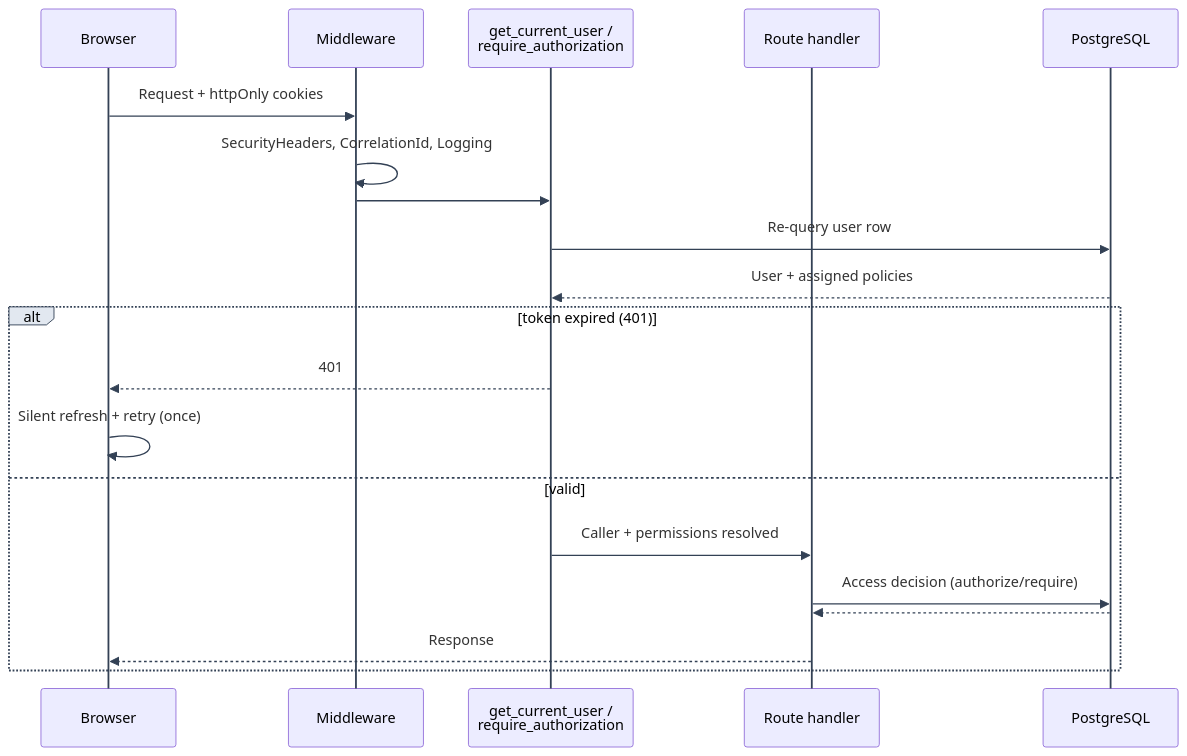
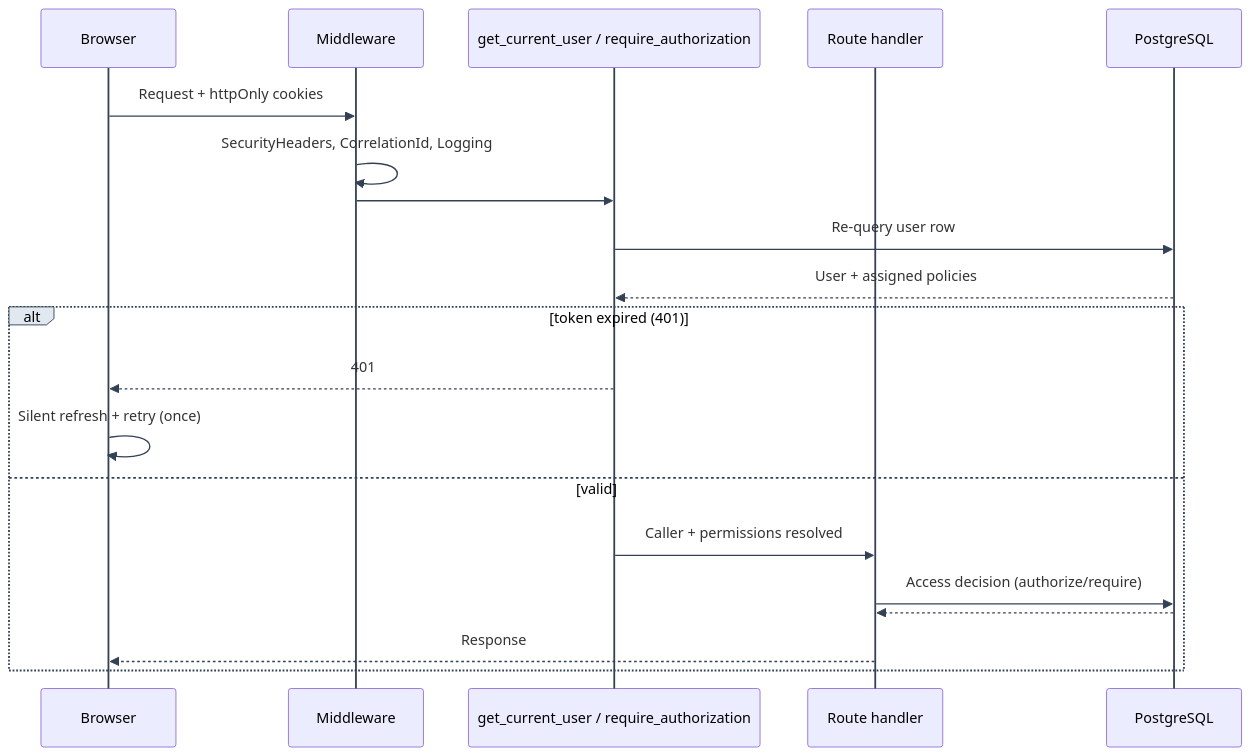
One commit to Nachiket-2024/mystic-auth changed the second of 2 diagrams in docs/mystic_auth/architecture/system-overview.md. Above: the diagram before and after it, drawn with Mermaid. The commit also changed other lines of this file and 708 other files, not shown here.

````diff
--- a/docs/mystic_auth/architecture/system-overview.md
+++ b/docs/mystic_auth/architecture/system-overview.md
@@ -51,24 +47,23 @@
 ```mermaid
 %%{init: {"themeVariables": {"lineColor": "#334155", "signalColor": "#334155", "actorLineColor": "#334155", "activationBorderColor": "#334155", "labelBoxBorderColor": "#334155", "labelBoxBkgColor": "#e2e8f0", "noteBorderColor": "#334155"}, "themeCSS": ".messageLine0, .messageLine1 { stroke-width: 2px !important; }"} }%%
 sequenceDiagram
     participant B as Browser
     participant M as Middleware
-    participant D as get_current_user /<br/> require_authorization
+    participant D as get_current_user / require_authorization
     participant R as Route handler
     participant DB as PostgreSQL
-
     B->>M: Request + httpOnly cookies
     M->>M: SecurityHeaders, CorrelationId, Logging
     M->>D: 
     D->>DB: Re-query user row
     DB-->>D: User + assigned policies
     alt token expired (401)
         D-->>B: 401
         B->>B: Silent refresh + retry (once)
     else valid
         D->>R: Caller + permissions resolved
         R->>DB: Access decision (authorize/require)
         DB-->>R: 
         R-->>B: Response
     end
 ```
````
